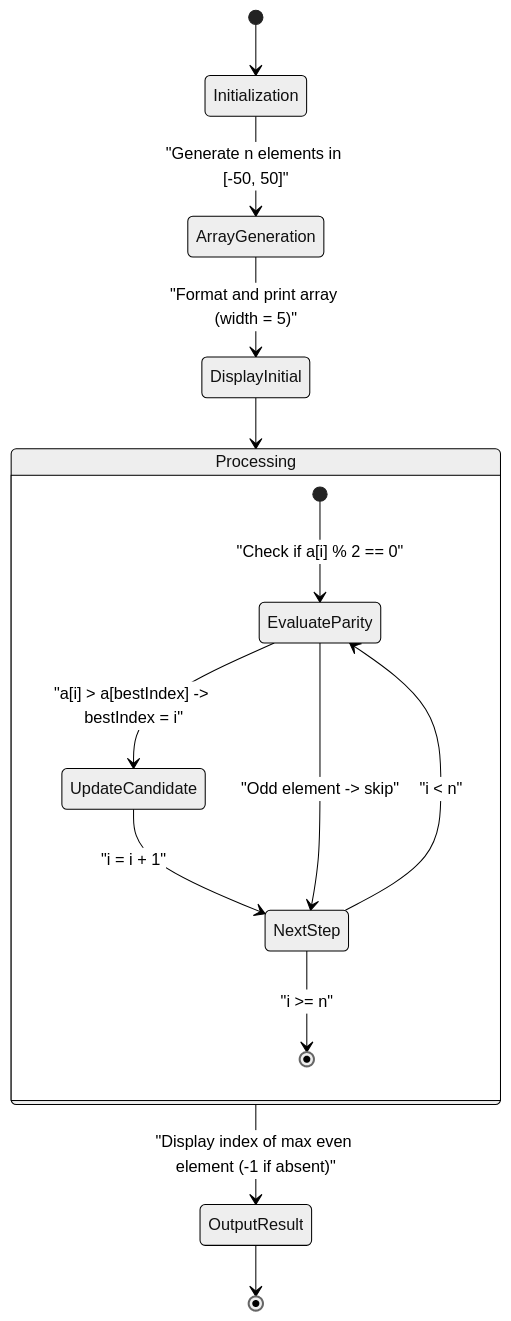
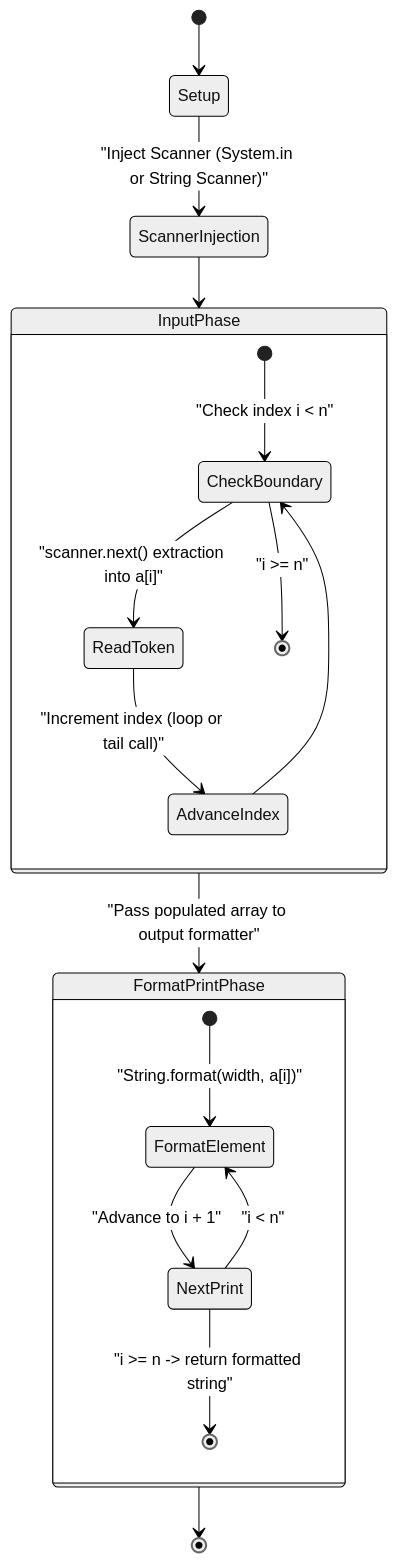
The second of 3 diagrams in lb6/README.md (lviv-polytech/alg-java-labs), drawn with Mermaid (neutral theme) before and after one commit. The commit also changed other lines of this file and 3 other files, not shown here.

Commit message:
feat(lab-06): implement task 6.3 array input and format printing via ordinary and template functions

````diff
--- a/lb6/README.md
+++ b/lb6/README.md
@@ -58,19 +73,25 @@
 ```mermaid
 stateDiagram-v2
-    [*] --> Initialization
-    Initialization --> ArrayGeneration: "Generate n elements in [-50, 50]"
-    ArrayGeneration --> DisplayInitial: "Format and print array (width = 5)"
-    DisplayInitial --> Processing
+    [*] --> Setup
+    Setup --> ScannerInjection: "Inject Scanner (System.in or String Scanner)"
+    ScannerInjection --> InputPhase
 
-    state Processing {
-        [*] --> EvaluateParity: "Check if a[i] % 2 == 0"
-        EvaluateParity --> UpdateCandidate: "a[i] > a[bestIndex] -> bestIndex = i"
-        UpdateCandidate --> NextStep: "i = i + 1"
-        EvaluateParity --> NextStep: "Odd element -> skip"
-        NextStep --> EvaluateParity: "i < n"
-        NextStep --> [*]: "i >= n"
+    state InputPhase {
+        [*] --> CheckBoundary: "Check index i < n"
+        CheckBoundary --> ReadToken: "scanner.next() extraction into a[i]"
+        ReadToken --> AdvanceIndex: "Increment index (loop or tail call)"
+        AdvanceIndex --> CheckBoundary
+        CheckBoundary --> [*]: "i >= n"
     }
 
-    Processing --> OutputResult: "Display index of max even element (-1 if absent)"
-    OutputResult --> [*]
+    InputPhase --> FormatPrintPhase: "Pass populated array to output formatter"
+
+    state FormatPrintPhase {
+        [*] --> FormatElement: "String.format(width, a[i])"
+        FormatElement --> NextPrint: "Advance to i + 1"
+        NextPrint --> FormatElement: "i < n"
+        NextPrint --> [*]: "i >= n -> return formatted string"
+    }
+
+    FormatPrintPhase --> [*]
 ```
````
